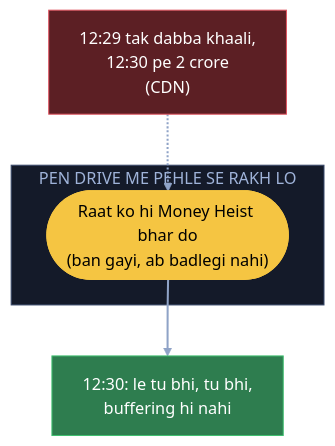
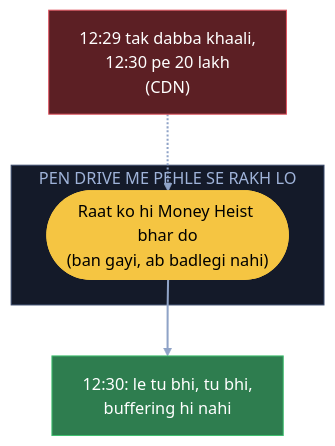
Before and after one commit to ArpanMaheshwari144/Prep: the second of 9 diagrams in 04_HLD/SYSTEM_DESIGNS/18_netflix/18_netflix.md, drawn with Mermaid. The commit also changed other lines of this file and 1 other file, not shown here.

Commit message:
Netflix: video ka raasta app servers se alag; scene me 20 lakh (10-20 million DAU se mile)

````diff
--- a/04_HLD/SYSTEM_DESIGNS/18_netflix/18_netflix.md
+++ b/04_HLD/SYSTEM_DESIGNS/18_netflix/18_netflix.md
@@ -141,16 +141,16 @@
 ```mermaid
 flowchart TB
-    X["12:29 tak dabba khaali,<br/>12:30 pe 2 crore<br/>(CDN)"]:::bad
+    X["12:29 tak dabba khaali,<br/>12:30 pe 20 lakh<br/>(CDN)"]:::bad
     subgraph PD["PEN DRIVE ME PEHLE SE RAKH LO"]
         B(["Raat ko hi Money Heist bhar do<br/>(ban gayi, ab badlegi nahi)"]):::pill
     end
     R["12:30: le tu bhi, tu bhi,<br/>buffering hi nahi"]:::good
     X -.-> B
     B --> R
     linkStyle default stroke:#8fa3c7,stroke-width:2px
     classDef card fill:#1e2638,stroke:#3a4a6b,color:#e8ecf5
     classDef pill fill:#f5c542,stroke:#f5c542,color:#000
     classDef good fill:#2e7d4f,stroke:#3fbf6f,color:#fff
     classDef bad fill:#5c1f24,stroke:#e05561,color:#fff
     style PD fill:#141a29,stroke:#3a4a6b,color:#9fb3d9
 ```
````
